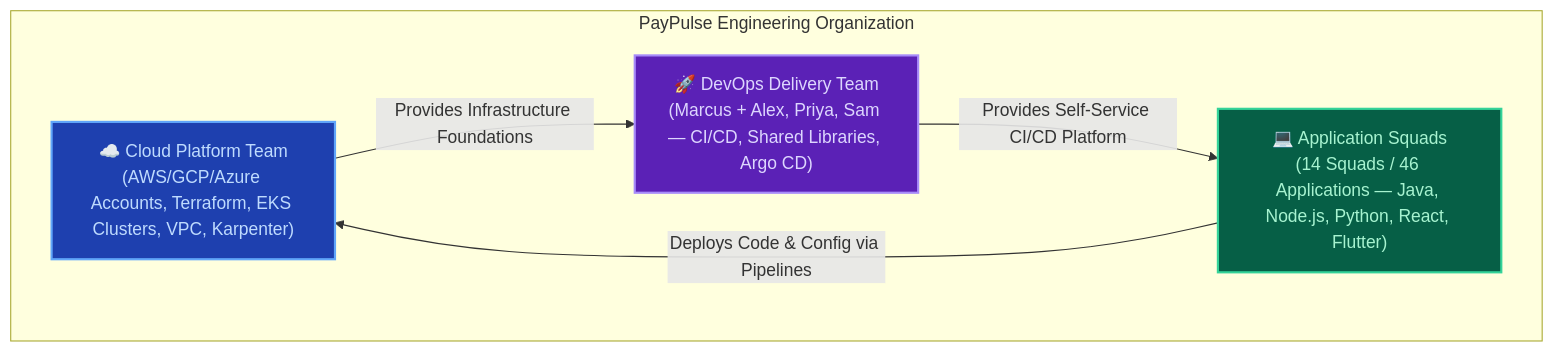
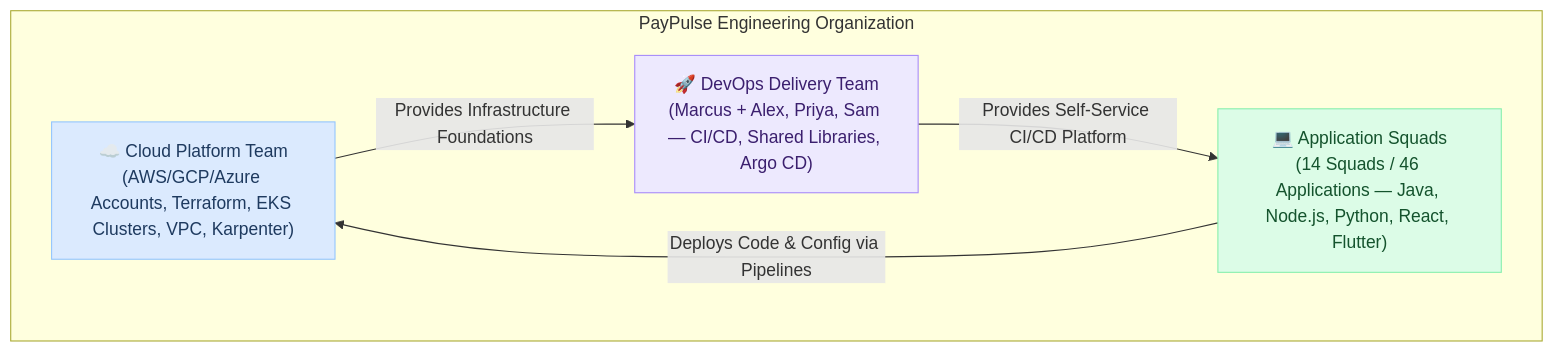
One commit to devopspilot1/devopspilot1.github.io changed the diagram in docs/devops-responsibilities/index.md. Above: the diagram before and after it, drawn with Mermaid. The commit also changed 4 other files, not shown here.

Commit message:
refactor: remove dark mode support and update mermaid diagram styling for light-only theme

````diff
--- a/docs/devops-responsibilities/index.md
+++ b/docs/devops-responsibilities/index.md
@@ -27,17 +27,17 @@
 ```mermaid
 graph TD
-    classDef client   fill:#1e40af,stroke:#60a5fa,stroke-width:2px,color:#bfdbfe
-    classDef gateway  fill:#5b21b6,stroke:#a78bfa,stroke-width:2px,color:#ddd6fe
-    classDef service  fill:#065f46,stroke:#34d399,stroke-width:2px,color:#a7f3d0
-    classDef storage  fill:#9f1239,stroke:#fb7185,stroke-width:2px,color:#fecdd3
+    classDef client   fill:#dbeafe,stroke:#93c5fd,color:#1e3a5f
+    classDef gateway  fill:#ede9fe,stroke:#a78bfa,color:#3b1f6e
+    classDef service  fill:#dcfce7,stroke:#86efac,color:#14532d
+    classDef storage  fill:#fce7f3,stroke:#f9a8d4,color:#831843
 
     subgraph Org["PayPulse Engineering Organization"]
         CP["☁️ Cloud Platform Team<br/>(AWS/GCP/Azure Accounts, Terraform, EKS Clusters, VPC, Karpenter)"]:::client
         DD["🚀 DevOps Delivery Team<br/>(Marcus + Alex, Priya, Sam — CI/CD, Shared Libraries, Argo CD)"]:::gateway
         AS["💻 Application Squads<br/>(14 Squads / 46 Applications — Java, Node.js, Python, React, Flutter)"]:::service
     end
 
     CP -->|Provides Infrastructure Foundations| DD
     DD -->|Provides Self-Service CI/CD Platform| AS
     AS -->|Deploys Code & Config via Pipelines| CP
 ```
````
